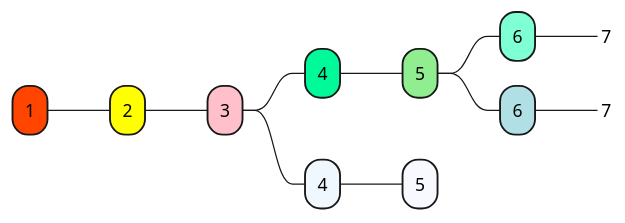
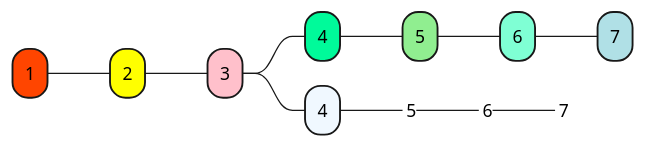
The diagram in 1_map/template.puml (doveg/self-cultivation-of-a-software-engineer), drawn with PlantUML before and after one commit. The commit also changed 26 other files, not shown here.

```diff
--- a/1_map/template.puml
+++ b/1_map/template.puml
@@ -1,19 +1,21 @@
 @startmindmap
 
 +[#OrangeRed] 1
 
 ++[#yellow] 2
 
 +++[#Pink] 3
 
 ++++[#MediumSpringGreen] 4
+
 +++++[#LightGreen] 5
 ++++++[#Aquamarine] 6
-+++++++[#Aquamarine]_ 7
-++++++[#PowderBlue] 6
++++++++[#PowderBlue] 7
+
+++++[#AliceBlue] 4
++++++[#GhostWhite]_ 5
+++++++[#PowderBlue]_ 6
 +++++++[#PowderBlue]_ 7
-++++[#AliceBlue] 4
-+++++[#GhostWhite] 5
 
 
 @endmindmap
```
